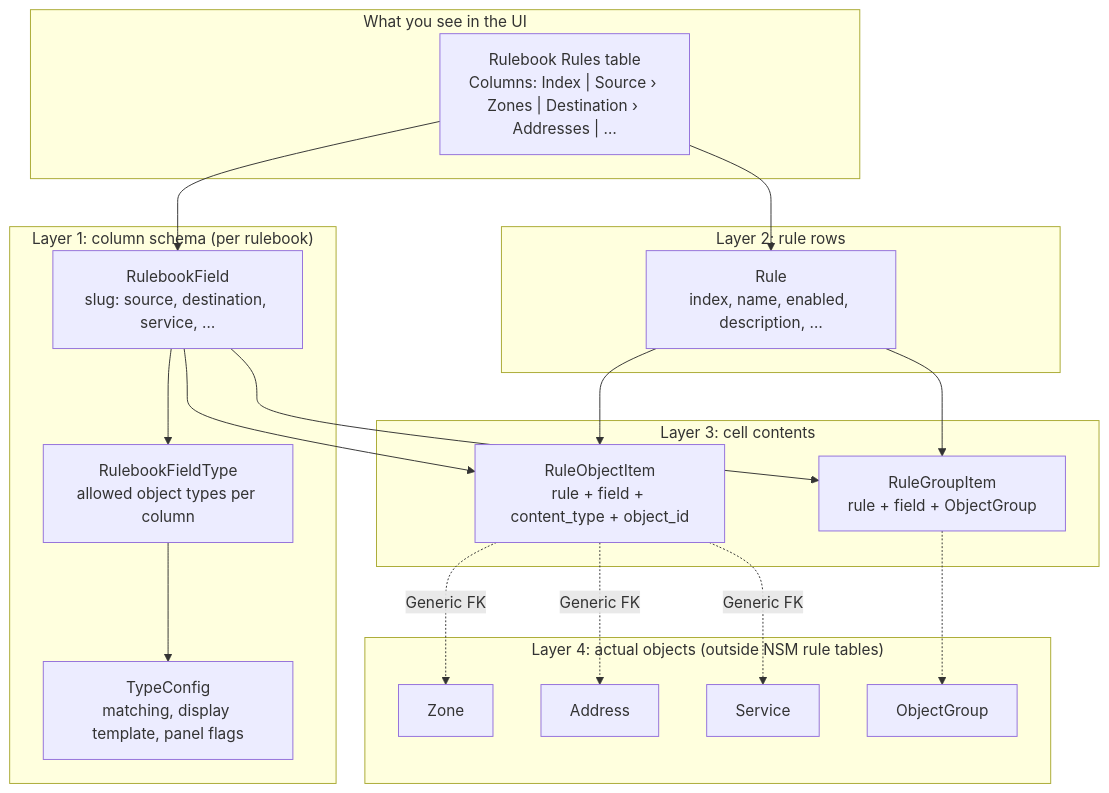
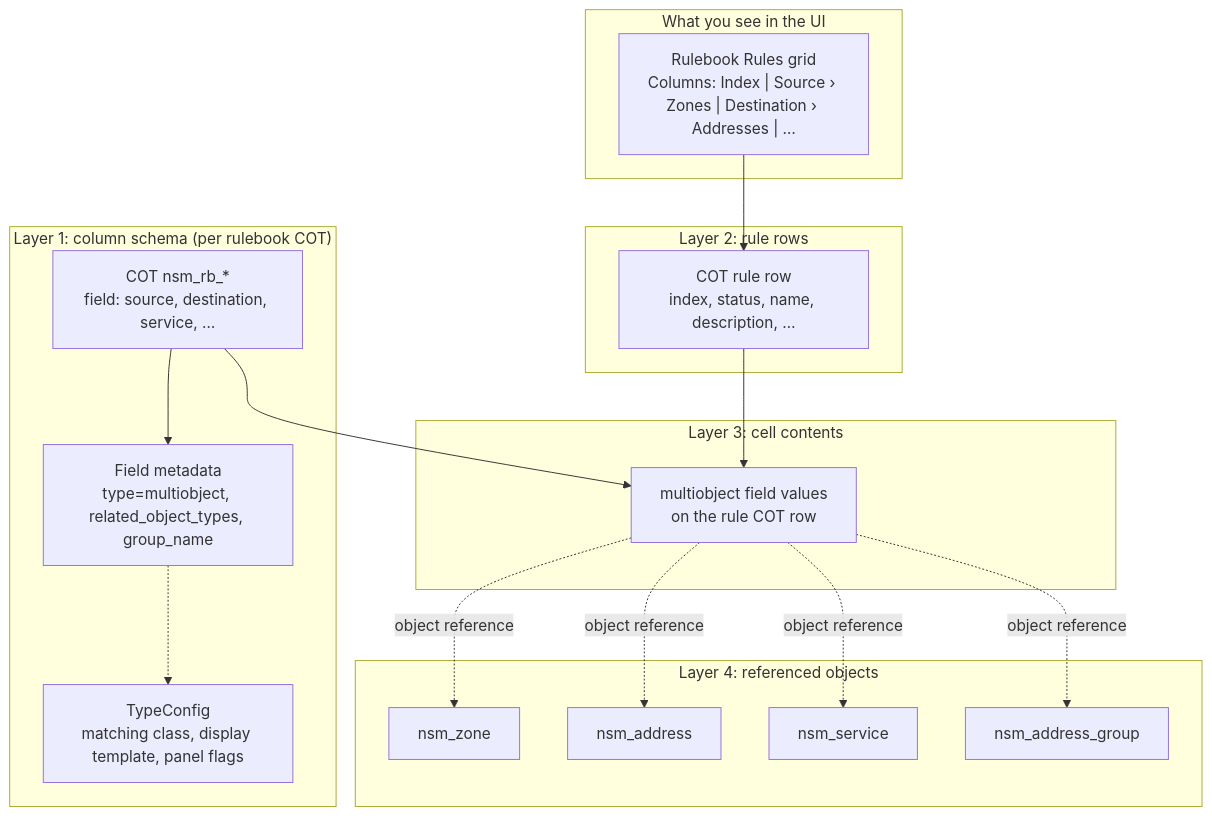
The first of 5 diagrams in docs/RULE_DATA_STORAGE.md (christianbur/netbox-nsm), drawn with Mermaid before and after one commit. The commit also changed other lines of this file and 276 other files, not shown here.

````diff
--- a/docs/RULE_DATA_STORAGE.md
+++ b/docs/RULE_DATA_STORAGE.md
@@ -19,40 +23,37 @@
 ```mermaid
 flowchart TB
     subgraph UI["What you see in the UI"]
-        RB["Rulebook Rules table<br/>Columns: Index | Source › Zones | Destination › Addresses | …"]
+        RB["Rulebook Rules grid<br/>Columns: Index | Source › Zones | Destination › Addresses | …"]
     end
 
-    subgraph Schema["Layer 1: column schema (per rulebook)"]
-        RBF["RulebookField<br/>slug: source, destination, service, …"]
-        RBFT["RulebookFieldType<br/>allowed object types per column"]
-        TC["TypeConfig<br/>matching, display template, panel flags"]
+    subgraph Schema["Layer 1: column schema (per rulebook COT)"]
+        COT["COT nsm_rb_*<br/>field: source, destination, service, …"]
+        FLD["Field metadata<br/>type=multiobject, related_object_types, group_name"]
+        TC["TypeConfig<br/>matching class, display template, panel flags"]
     end
 
     subgraph Rules["Layer 2: rule rows"]
-        R["Rule<br/>index, name, enabled, description, …"]
+        R["COT rule row<br/>index, status, name, description, …"]
     end
 
     subgraph Cells["Layer 3: cell contents"]
-        ROI["RuleObjectItem<br/>rule + field + content_type + object_id"]
-        RGI["RuleGroupItem<br/>rule + field + ObjectGroup"]
+        MO["multiobject field values<br/>on the rule COT row"]
     end
 
-    subgraph External["Layer 4: actual objects (outside NSM rule tables)"]
-        Z["Zone"]
-        A["Address"]
-        S["Service"]
-        OG["ObjectGroup"]
+    subgraph External["Layer 4: referenced objects"]
+        Z["nsm_zone"]
+        A["nsm_address"]
+        S["nsm_service"]
+        G["nsm_address_group"]
     end
 
     RB --> R
-    RB --> RBF
-    RBF --> RBFT --> TC
-    R --> ROI
-    R --> RGI
-    RBF --> ROI
-    RBF --> RGI
-    ROI -.->|Generic FK| Z
-    ROI -.->|Generic FK| A
-    ROI -.->|Generic FK| S
-    RGI -.-> OG
+    COT --> FLD
+    FLD -.-> TC
+    R --> MO
+    COT --> MO
+    MO -.->|object reference| Z
+    MO -.->|object reference| A
+    MO -.->|object reference| S
+    MO -.->|object reference| G
 ```
````
